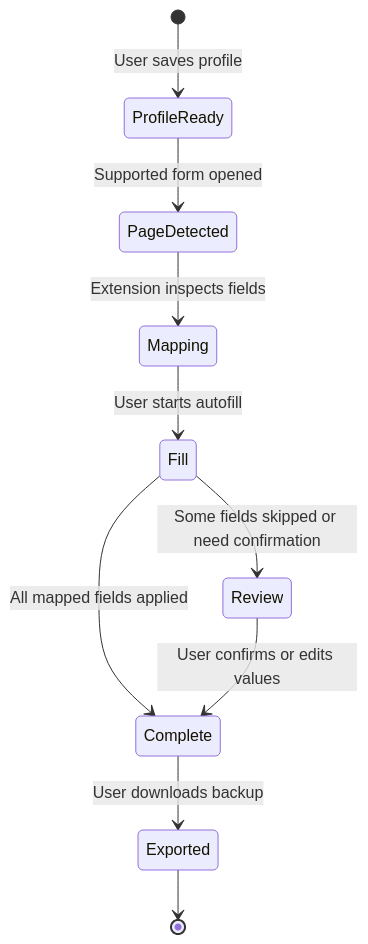
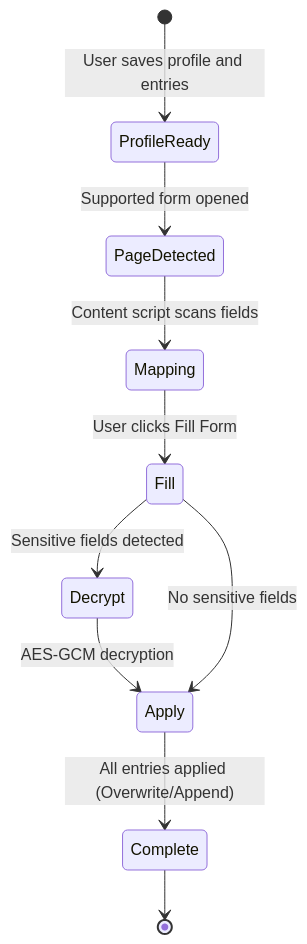
The eighth of 8 diagrams in FLAGSHIP_PROJECT/c3-autofill/DATA_FLOW.md (CodeCanvasCollective/.github), drawn with Mermaid before and after one commit. The commit also changed other lines of this file and 2 other files, not shown here.

First line of the commit message:
Docs: update monorepo architecture & structure

````diff
--- a/FLAGSHIP_PROJECT/c3-autofill/DATA_FLOW.md
+++ b/FLAGSHIP_PROJECT/c3-autofill/DATA_FLOW.md
@@ -160,12 +180,12 @@
 ```mermaid
 stateDiagram-v2
-    [*] --> ProfileReady: User saves profile
+    [*] --> ProfileReady: User saves profile and entries
     ProfileReady --> PageDetected: Supported form opened
-    PageDetected --> Mapping: Extension inspects fields
-    Mapping --> Fill: User starts autofill
-    Fill --> Review: Some fields skipped or need confirmation
-    Fill --> Complete: All mapped fields applied
-    Review --> Complete: User confirms or edits values
-    Complete --> Exported: User downloads backup
-    Exported --> [*]
+    PageDetected --> Mapping: Content script scans fields
+    Mapping --> Fill: User clicks Fill Form
+    Fill --> Decrypt: Sensitive fields detected
+    Decrypt --> Apply: AES-GCM decryption
+    Fill --> Apply: No sensitive fields
+    Apply --> Complete: All entries applied (Overwrite/Append)
+    Complete --> [*]
 ```
````
